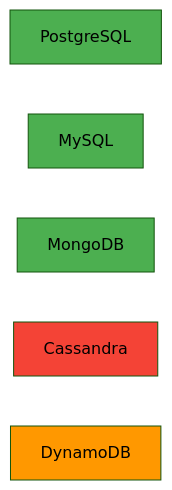
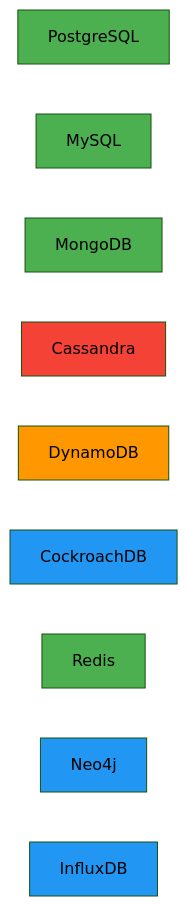
One commit to niceguy61/kdt_devops_lecture_2025 changed the fourth of 10 diagrams in theory/week_04/day1/challenge_2.md. Above: the diagram before and after it, drawn with Mermaid (forest theme). The commit also changed other lines of this file, not shown here.

````diff
--- a/theory/week_04/day1/challenge_2.md
+++ b/theory/week_04/day1/challenge_2.md
@@ -203,14 +219,22 @@
 ```mermaid
 graph LR
     A[PostgreSQL]
     B[MySQL]
     C[MongoDB]
     D[Cassandra]
     E[DynamoDB]
+    F[CockroachDB]
+    G[Redis]
+    H[Neo4j]
+    I[InfluxDB]
     
     style A fill:#4caf50
     style B fill:#4caf50
     style C fill:#4caf50
     style D fill:#f44336
     style E fill:#ff9800
+    style F fill:#2196f3
+    style G fill:#4caf50
+    style H fill:#2196f3
+    style I fill:#2196f3
 ```
````
